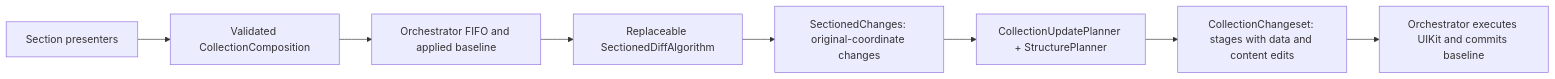
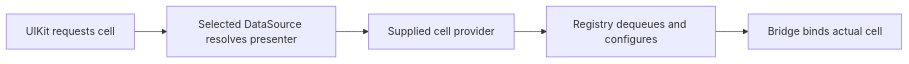
One commit to Weixi779/Parade changed the third of 5 diagrams in Docs/Architecture.md. Above: the diagram before and after it, drawn with Mermaid. The commit also changed other lines of this file and 37 other files, not shown here.

First line of the commit message:
feat(data-source): make collection updates injectable

````diff
--- a/Docs/Architecture.md
+++ b/Docs/Architecture.md
@@ -137,10 +180,7 @@
 ```mermaid
 flowchart LR
-    Submission[Section presenters] --> Composition[Validated CollectionComposition]
-    Composition --> Queue[Orchestrator FIFO and applied baseline]
-    Queue --> Algorithm[Replaceable SectionedDiffAlgorithm]
-    Algorithm --> Changes[SectionedChanges: original-coordinate changes]
-    Changes --> Planner[CollectionUpdatePlanner + StructurePlanner]
-    Planner --> Changeset[CollectionChangeset: stages with data and content edits]
-    Changeset --> UIKit[Orchestrator executes UIKit and commits baseline]
+    UIKit[UIKit requests cell] --> Source[Selected DataSource resolves presenter]
+    Source --> Provider[Supplied cell provider]
+    Provider --> Registry[Registry dequeues and configures]
+    Registry --> Binding[Bridge binds actual cell]
 ```
````
